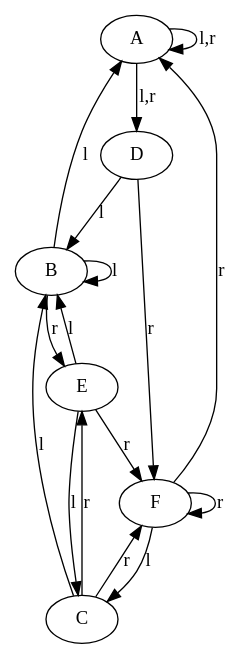
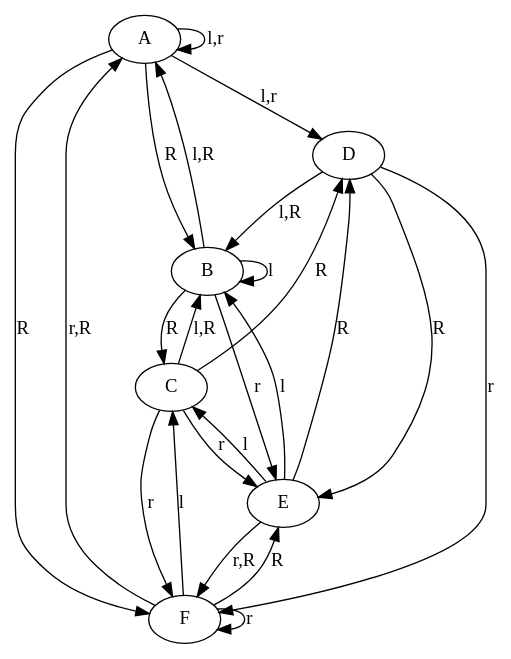
Before and after one commit to mhhf/p2p_ue2: the diagram in 20b.dot, drawn with Graphviz. The commit also changed 3 other files, not shown here.

```diff
--- a/20b.dot
+++ b/20b.dot
@@ -1,18 +1,30 @@
 digraph A{
   A -> A [label="l,r"];
   A -> D [label="l,r"];
-  B -> A [label=l];
+  A -> B [label=R];
+  A -> F [label=R];
+  
+  B -> A [label="l,R"];
   B -> B [label="l"];
   B -> E [label=r];
-  C -> B [label=l];
+  B -> C [label=R]
+  
+  C -> B [label="l,R"];
   C -> F [label="r"];
   C -> E [label="r"];
-  D -> B [label=l];
+  C -> D [label="R"];
+  
+  D -> B [label="l,R"];
   D -> F [label=r];
+  D -> E [label="R"];
+  
   E -> B [label="l"];
   E -> C [label="l"];
-  E -> F [label=r];
+  E -> F [label="r,R"];
+  E -> D [label="R"];
+  
   F -> C [label=l];
   F -> F [label="r"];
-  F -> A [label=r];
+  F -> A [label="r,R"];
+  F -> E [label=R];
 }
```
